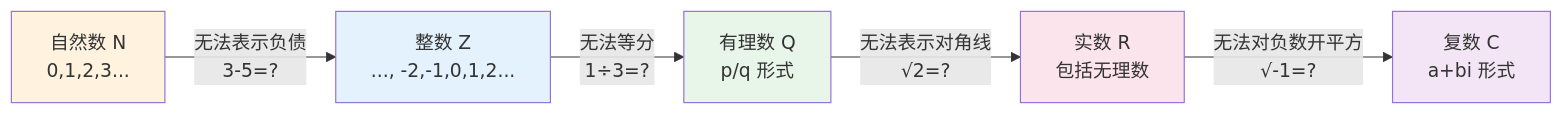
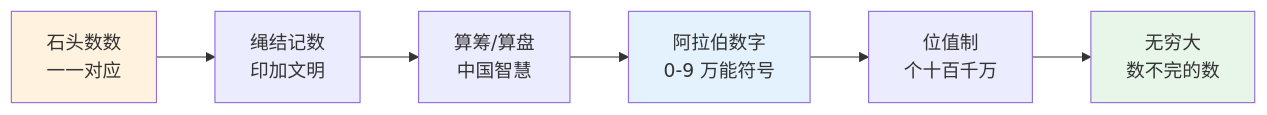
Before and after one commit to wxyClark/wxyClark.github.io: the second of 4 diagrams in content/natural-sciences/mathematics/index.md, drawn with Mermaid. The commit also changed other lines of this file and 11 other files, not shown here.

````diff
--- a/content/natural-sciences/mathematics/index.md
+++ b/content/natural-sciences/mathematics/index.md
@@ -75,13 +55,12 @@
 ```mermaid
 flowchart LR
-    N[自然数 N<br/>0,1,2,3...] -->|无法表示负债<br/>3-5=?| Z[整数 Z<br/>..., -2,-1,0,1,2...]
-    Z -->|无法等分<br/>1÷3=?| Q[有理数 Q<br/>p/q 形式]
-    Q -->|无法表示对角线<br/>√2=?| R[实数 R<br/>包括无理数]
-    R -->|无法对负数开平方<br/>√-1=?| C[复数 C<br/>a+bi 形式]
+    S1[石头数数<br/>一一对应] --> S2[绳结记数<br/>印加文明]
+    S2 --> S3[算筹/算盘<br/>中国智慧]
+    S3 --> S4[阿拉伯数字<br/>0-9 万能符号]
+    S4 --> S5[位值制<br/>个十百千万]
+    S5 --> S6[无穷大<br/>数不完的数]
     
-    style N fill:#fff3e0
-    style Z fill:#e3f2fd
-    style Q fill:#e8f5e9
-    style R fill:#fce4ec
-    style C fill:#f3e5f5
+    style S1 fill:#fff3e0
+    style S4 fill:#e3f2fd
+    style S6 fill:#e8f5e9
 ```
````
